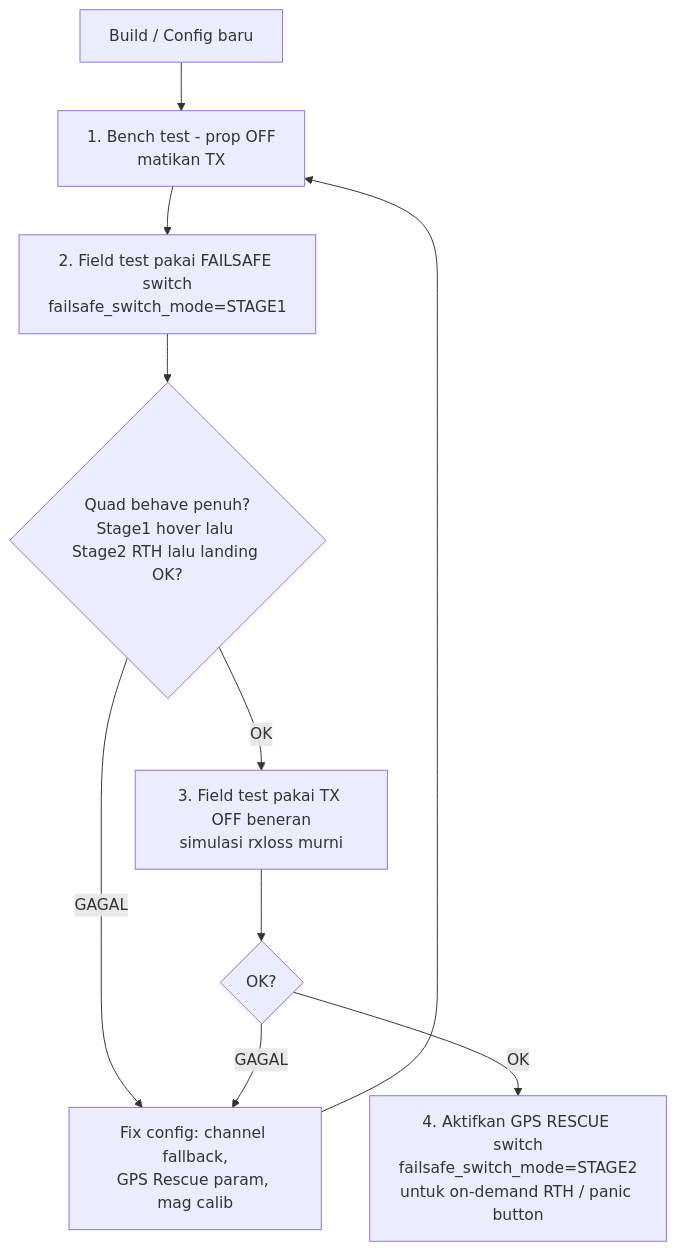
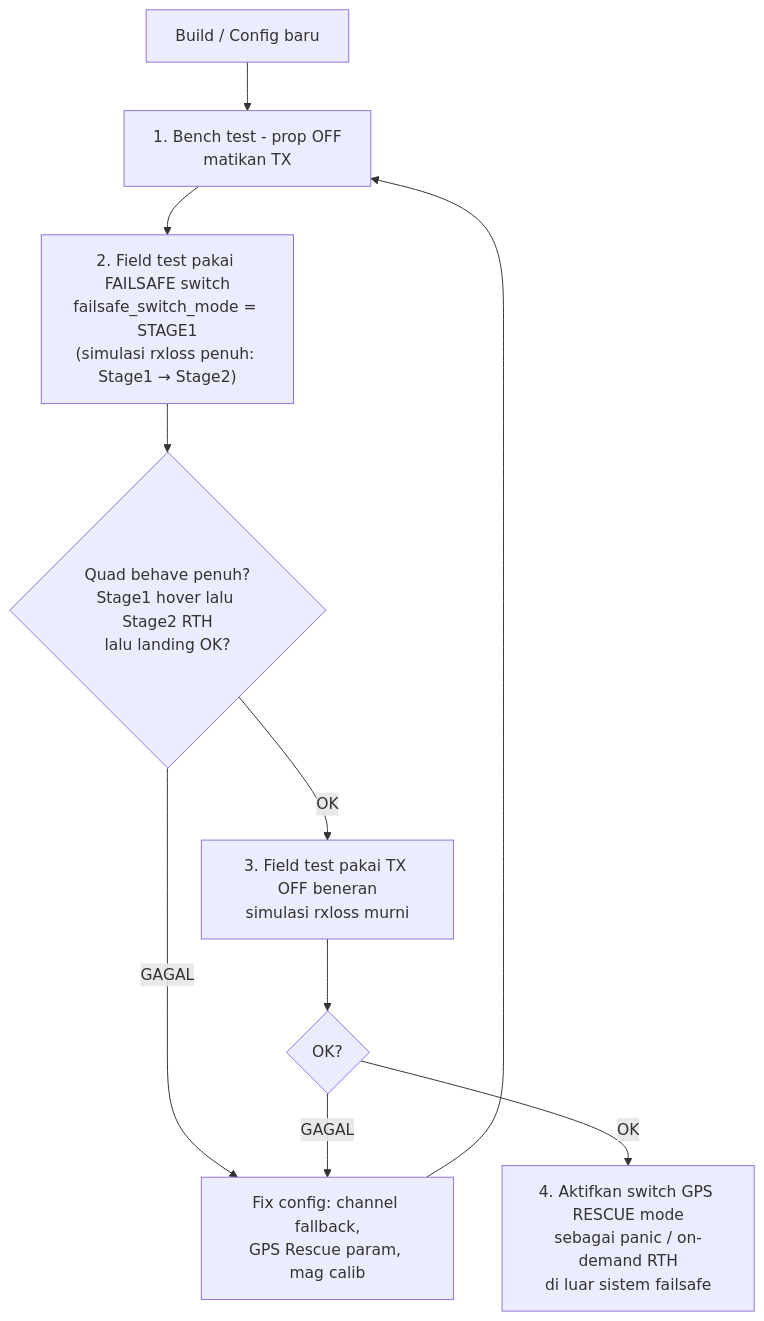
The sixth of 8 diagrams in learning/07-failsafe-gps-rescue.md (edhotp/Belajar-FPV-Long-Range), drawn with Mermaid before and after one commit. The commit also changed other lines of this file, not shown here.

First line of the commit message:
docs(failsafe): clarify failsafe_switch_mode vs GPS RESCUE mode and recovery behavior

````diff
--- a/learning/07-failsafe-gps-rescue.md
+++ b/learning/07-failsafe-gps-rescue.md
@@ -175,12 +186,12 @@
 ```mermaid
 flowchart TD
     Build[Build / Config baru] --> A[1. Bench test - prop OFF<br/>matikan TX]
-    A --> B[2. Field test pakai FAILSAFE switch<br/>failsafe_switch_mode=STAGE1]
-    B --> C{Quad behave penuh?<br/>Stage1 hover lalu Stage2 RTH lalu landing OK?}
+    A --> B["2. Field test pakai FAILSAFE switch<br/>failsafe_switch_mode = STAGE1<br/>(simulasi rxloss penuh: Stage1 → Stage2)"]
+    B --> C{Quad behave penuh?<br/>Stage1 hover lalu Stage2 RTH<br/>lalu landing OK?}
     C -->|GAGAL| Fix[Fix config: channel fallback,<br/>GPS Rescue param, mag calib]
     Fix --> A
     C -->|OK| D[3. Field test pakai TX OFF beneran<br/>simulasi rxloss murni]
     D --> E{OK?}
-    E -->|OK| F[4. Aktifkan GPS RESCUE switch<br/>failsafe_switch_mode=STAGE2<br/>untuk on-demand RTH / panic button]
+    E -->|OK| F[4. Aktifkan switch GPS RESCUE mode<br/>sebagai panic / on-demand RTH<br/>di luar sistem failsafe]
     E -->|GAGAL| Fix
 ```
````
